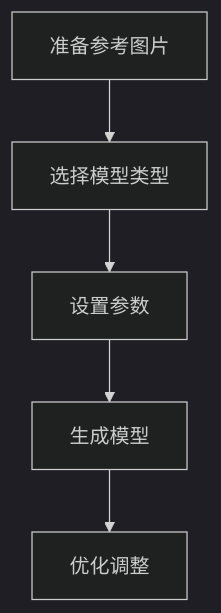
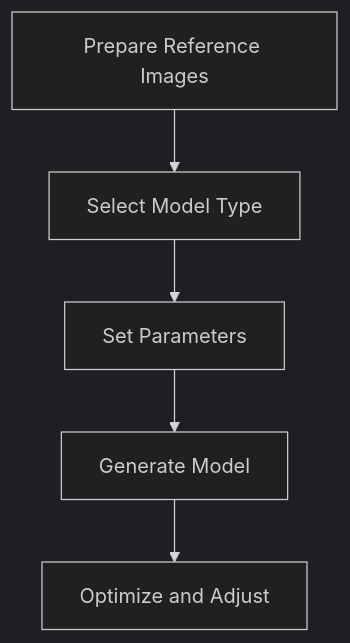
Before and after one commit to ChanMeng666/ai-programming-teaching-project: the second of 4 diagrams in versioned_docs/version-2024-winter/advanced/ai-systems/ai-drawing.mdx, drawn with Mermaid (dark theme). The commit also changed other lines of this file and 472 other files, not shown here.

````diff
--- a/versioned_docs/version-2024-winter/advanced/ai-systems/ai-drawing.mdx
+++ b/versioned_docs/version-2024-winter/advanced/ai-systems/ai-drawing.mdx
@@ -156,7 +145,7 @@
 ```mermaid
 graph TD
-    A[准备参考图片] --> B[选择模型类型]
-    B --> C[设置参数]
-    C --> D[生成模型]
-    D --> E[优化调整]
+    A[Prepare Reference Images] --> B[Select Model Type]
+    B --> C[Set Parameters]
+    C --> D[Generate Model]
+    D --> E[Optimize and Adjust]
 ```
````
